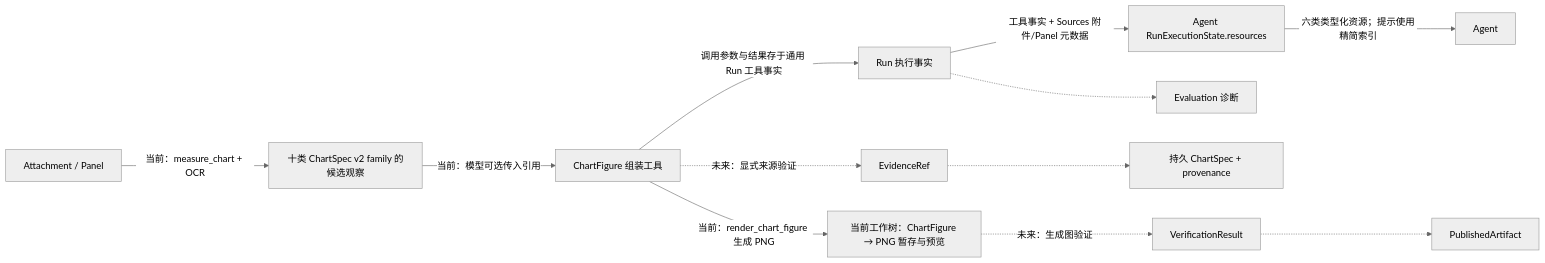
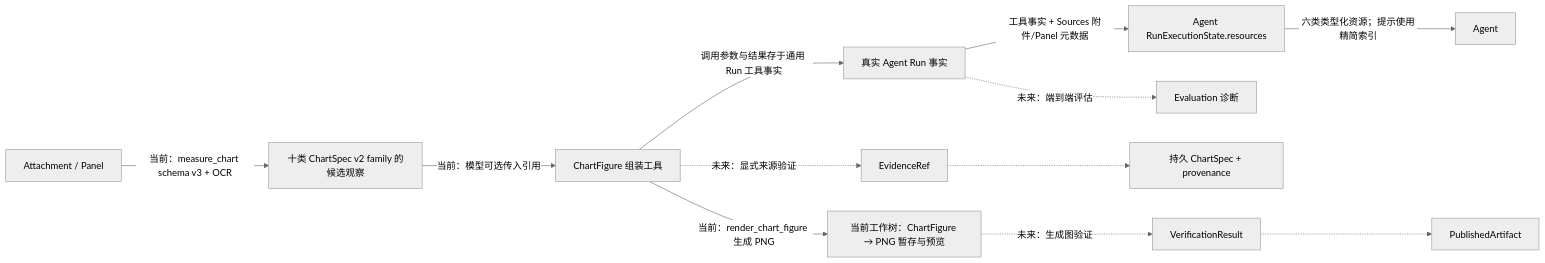
Before and after one commit to YeZibn/Figura: the second of 2 diagrams in docs/figura-implementation-overview.md, drawn with Mermaid (neutral theme). The commit also changed other lines of this file and 113 other files, not shown here.

Commit message:
refactor(measurements): 升级测量结果合同至v3并完善图表测量能力

````diff
--- a/docs/figura-implementation-overview.md
+++ b/docs/figura-implementation-overview.md
@@ -97,14 +103,14 @@
 ```mermaid
 flowchart LR
-    Image[Attachment / Panel] -->|当前：measure_chart + OCR| Measure[十类 ChartSpec v2 family 的候选观察]
+    Image[Attachment / Panel] -->|当前：measure_chart schema v3 + OCR| Measure[十类 ChartSpec v2 family 的候选观察]
     Measure -->|当前：模型可选传入引用| Figure[ChartFigure 组装工具]
     Figure -->|调用参数与结果存于通用 Run 工具事实| Runtime[Runtime]
     Runtime -->|工具事实 + Sources 附件/Panel 元数据| State[Agent RunExecutionState.resources]
     State -->|六类类型化资源；提示使用精简索引| Agent[Agent]
     Figure -.->|未来：显式来源验证| Choice[EvidenceRef]
     Choice -.-> Spec[持久 ChartSpec + provenance]
     Figure -->|当前：render_chart_figure 生成 PNG| Render[当前工作树：ChartFigure → PNG 暂存与预览]
     Render -.->|未来：生成图验证| Verify[VerificationResult]
     Verify -.-> Publish[PublishedArtifact]
-    Runtime[Run 执行事实] -.-> Eval[Evaluation 诊断]
+    Runtime[真实 Agent Run 事实] -.->|未来：端到端评估| Eval[Evaluation 诊断]
 ```
````
